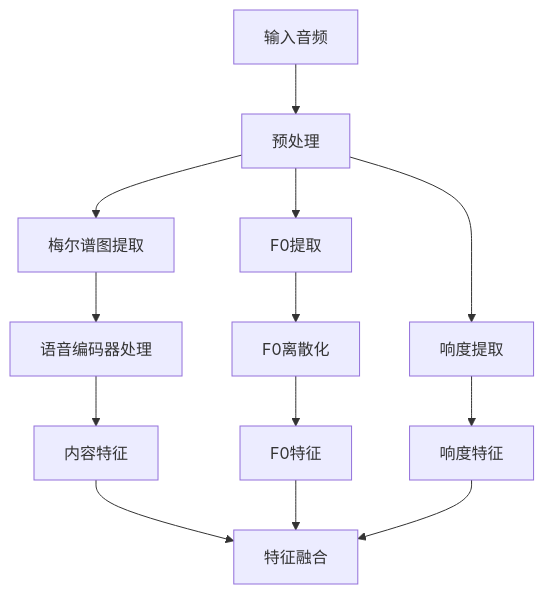
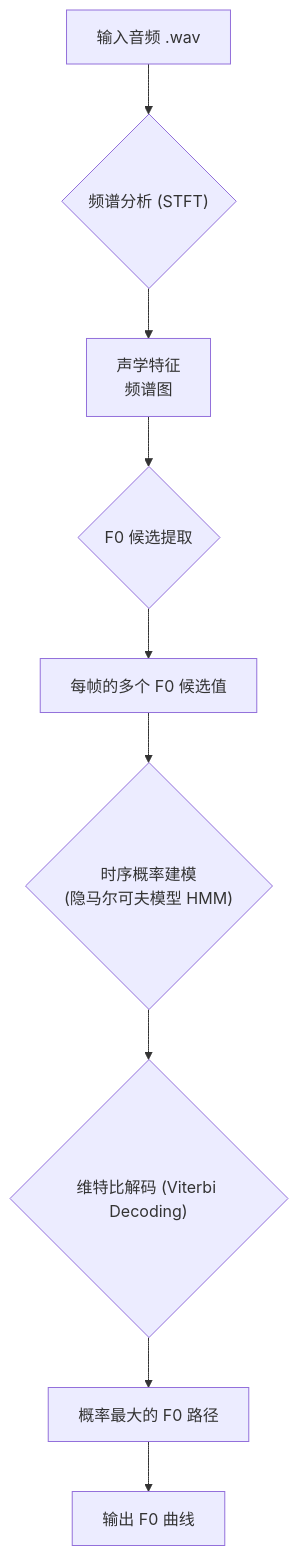
The first of 2 diagrams in README.md (liqilun1008/sovitsvrc), drawn with Mermaid before and after one commit. The commit also changed other lines of this file, not shown here.

````diff
--- a/README.md
+++ b/README.md
@@ -268,18 +17,11 @@
 ```mermaid
 graph TD
-    A[输入音频] --> B[预处理]
-    B --> C[梅尔谱图提取]
-    C --> D[语音编码器处理]
-    D --> E[内容特征]
-    
-    B --> F[F0提取]
-    F --> G[F0离散化]
-    G --> H[F0特征]
-    
-    B --> I[响度提取]
-    I --> J[响度特征]
-    
-    E --> K[特征融合]
-    H --> K
-    J --> K
+    A[输入音频 .wav] --> B{"频谱分析 (STFT)"};
+    B --> C[声学特征<br>频谱图];
+    C --> D{F0 候选提取};
+    D --> E[每帧的多个 F0 候选值];
+    E --> F{"时序概率建模<br>(隐马尔可夫模型 HMM)"};
+    F --> G{"维特比解码 (Viterbi Decoding)"};
+    G --> H[概率最大的 F0 路径];
+    H --> I[输出 F0 曲线];
 ```
````
